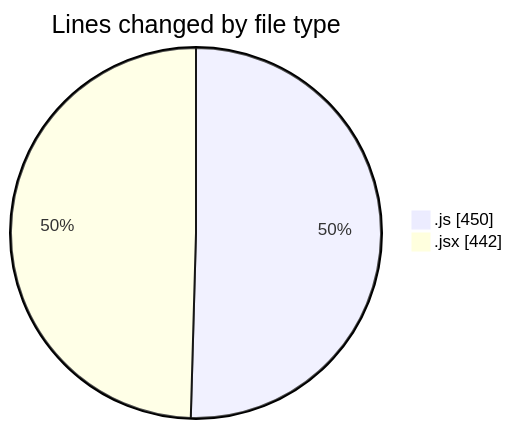
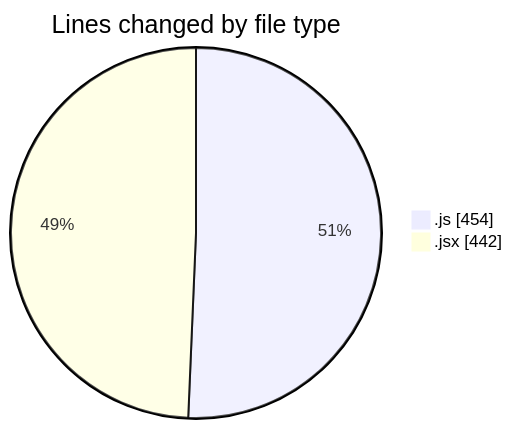
The first of 2 diagrams in 2025-09-19/nxtqube_webapp/README.md (nxtqubesakshisongat/code-tracking), drawn with Mermaid before and after one commit. The commit also changed other lines of this file and 1 other file, not shown here.

````diff
--- a/2025-09-19/nxtqube_webapp/README.md
+++ b/2025-09-19/nxtqube_webapp/README.md
@@ -21,6 +21,6 @@
 ```mermaid
 pie showData
 title Lines changed by file type
-".js" : 450
+".js" : 454
 ".jsx" : 442
 ```
````
